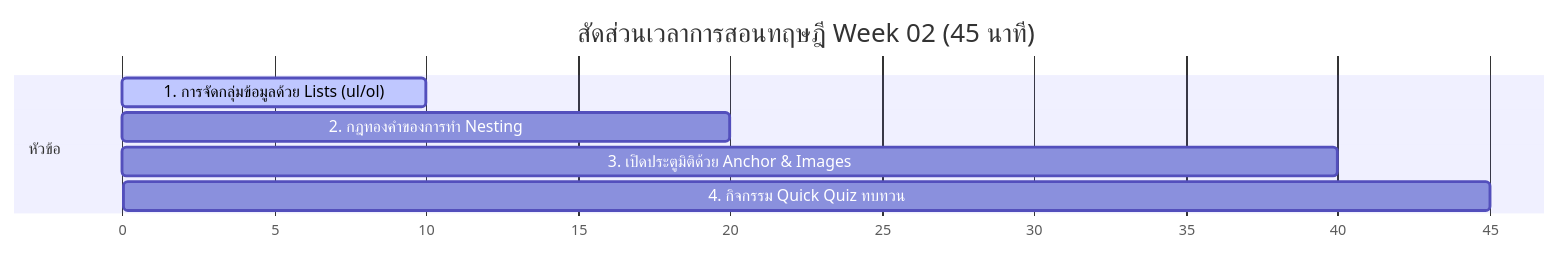
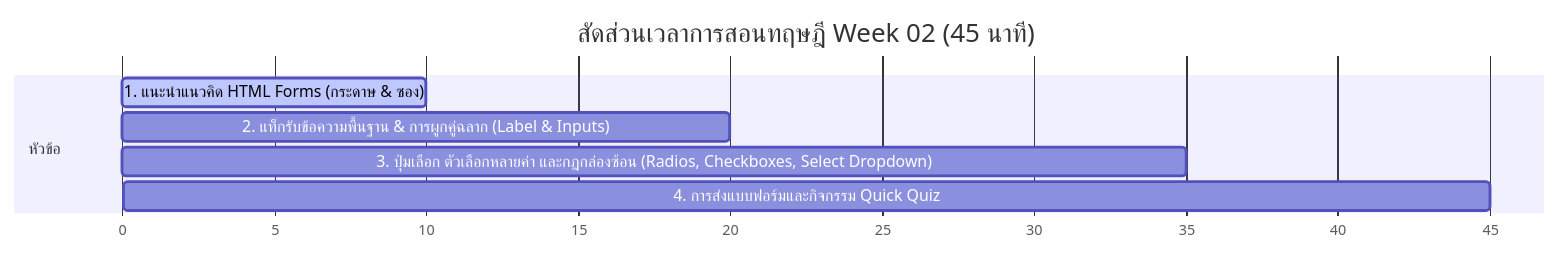
One commit to jirawat9ball/Website_lesson_plan changed the diagram in Week 02/Teacher/README.md. Above: the diagram before and after it, drawn with Mermaid. The commit also changed other lines of this file and 6 other files, not shown here.

Commit message:
Restructure Week 2 to HTML Forms and E-Sports Club SignUp Form

````diff
--- a/Week 02/Teacher/README.md
+++ b/Week 02/Teacher/README.md
@@ -8,11 +8,11 @@
 ```mermaid
 gantt
     title สัดส่วนเวลาการสอนทฤษฎี Week 02 (45 นาที)
     dateFormat  X
     axisFormat %s
     section หัวข้อ
-    1. การจัดกลุ่มข้อมูลด้วย Lists (ul/ol) : active, 0, 10
-    2. กฎทองคำของการทำ Nesting : 10, 20
-    3. เปิดประตูมิติด้วย Anchor & Images : 20, 40
-    4. กิจกรรม Quick Quiz ทบทวน : 40, 45
+    1. แนะนำแนวคิด HTML Forms (กระดาษ & ซอง) : active, 0, 10
+    2. แท็กรับข้อความพื้นฐาน & การผูกคู่ฉลาก (Label & Inputs) : 10, 20
+    3. ปุ่มเลือก ตัวเลือกหลายค่า และกฎกล่องซ้อน (Radios, Checkboxes, Select Dropdown) : 20, 35
+    4. การส่งแบบฟอร์มและกิจกรรม Quick Quiz : 35, 45
 ```
````
